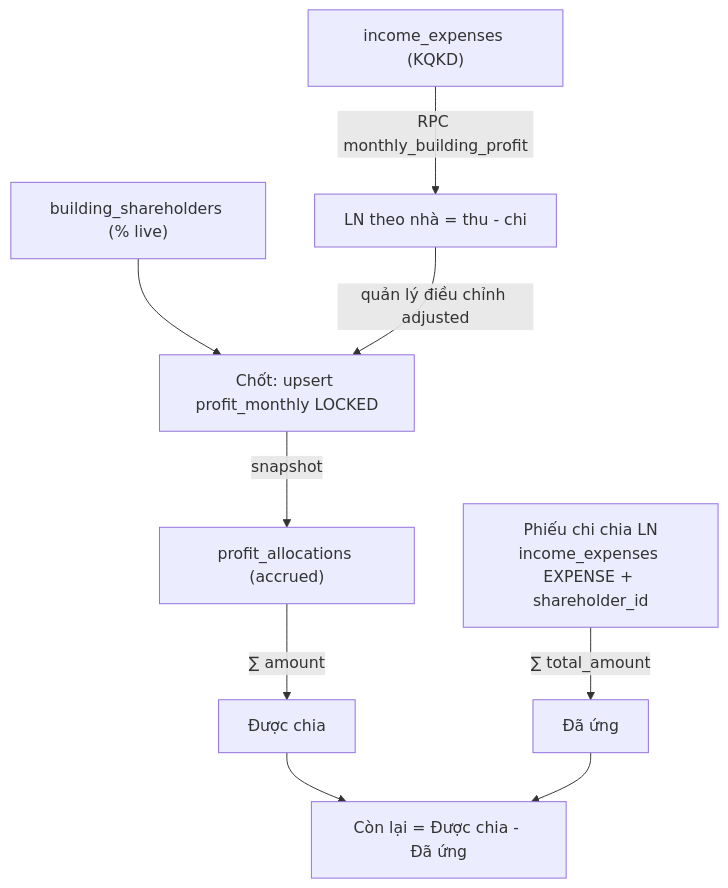
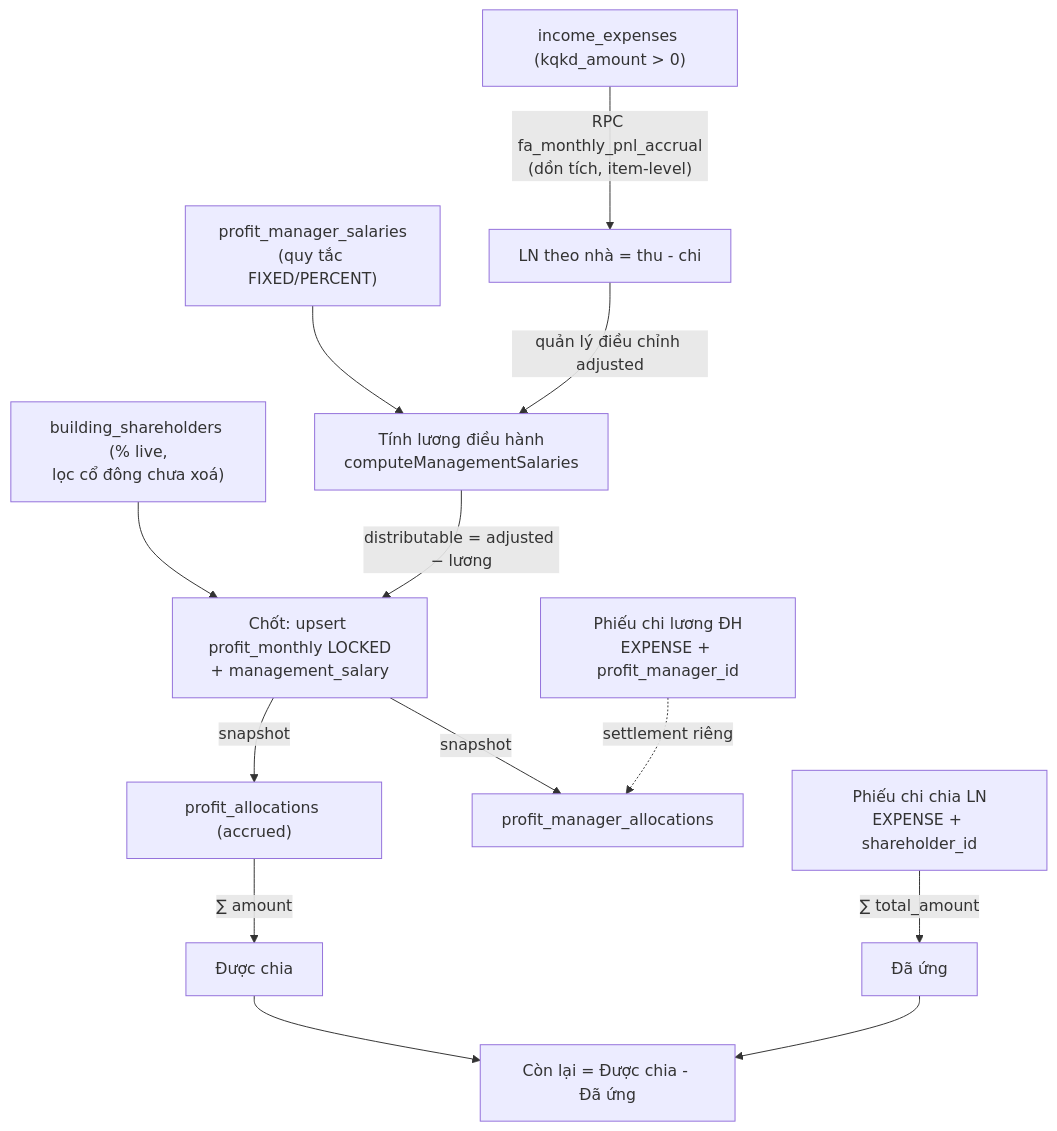
The second of 3 diagrams in docs/he-thong/12-co-dong-loi-nhuan.md (zxGreenxz/whiteboard-ihomecrm), drawn with Mermaid before and after one commit. The commit also changed other lines of this file and 20 other files, not shown here.

````diff
--- a/docs/he-thong/12-co-dong-loi-nhuan.md
+++ b/docs/he-thong/12-co-dong-loi-nhuan.md
@@ -163,11 +202,15 @@
 ```mermaid
 flowchart TD
-    ie["income_expenses (KQKD)"] -->|"RPC monthly_building_profit"| rpc["LN theo nhà = thu - chi"]
-    bs["building_shareholders (% live)"] --> lock
-    rpc -->|"quản lý điều chỉnh adjusted"| lock["Chốt: upsert profit_monthly LOCKED"]
+    ie["income_expenses (kqkd_amount > 0)"] -->|"RPC fa_monthly_pnl_accrual<br/>(dồn tích, item-level)"| rpc["LN theo nhà = thu - chi"]
+    rules["profit_manager_salaries<br/>(quy tắc FIXED/PERCENT)"] --> mgmt
+    rpc -->|"quản lý điều chỉnh adjusted"| mgmt["Tính lương điều hành<br/>computeManagementSalaries"]
+    bs["building_shareholders (% live,<br/>lọc cổ đông chưa xoá)"] --> lock
+    mgmt -->|"distributable = adjusted − lương"| lock["Chốt: upsert profit_monthly LOCKED<br/>+ management_salary"]
     lock -->|"snapshot"| alloc["profit_allocations (accrued)"]
+    lock -->|"snapshot"| mgralloc["profit_manager_allocations"]
     alloc -->|"∑ amount"| sum["Được chia"]
-    dist["Phiếu chi chia LN<br/>income_expenses EXPENSE + shareholder_id"] -->|"∑ total_amount"| paid["Đã ứng"]
+    dist["Phiếu chi chia LN<br/>EXPENSE + shareholder_id"] -->|"∑ total_amount"| paid["Đã ứng"]
+    mgrpay["Phiếu chi lương ĐH<br/>EXPENSE + profit_manager_id"] -.->|"settlement riêng"| mgralloc
     sum --> remain["Còn lại = Được chia - Đã ứng"]
     paid --> remain
 ```
````
